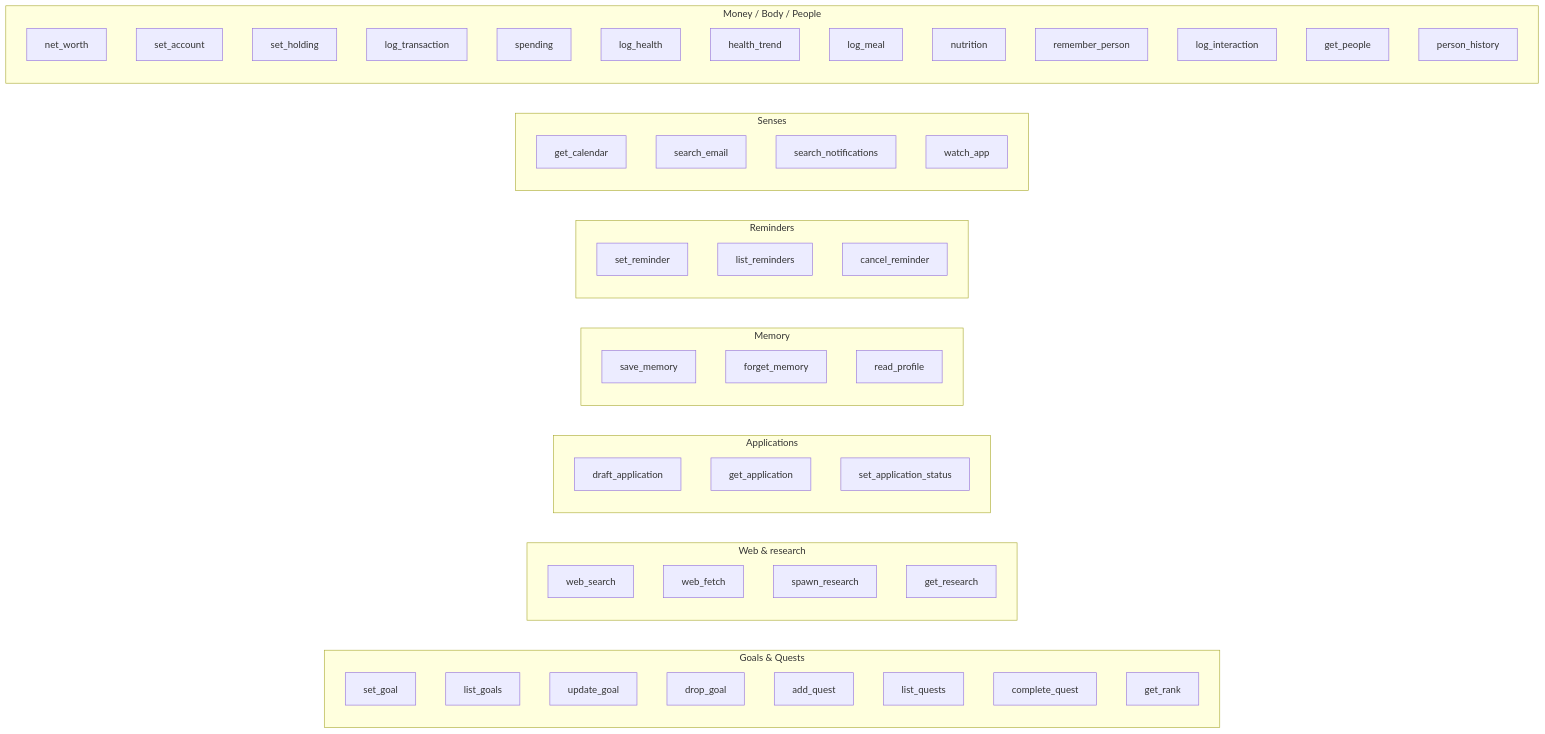
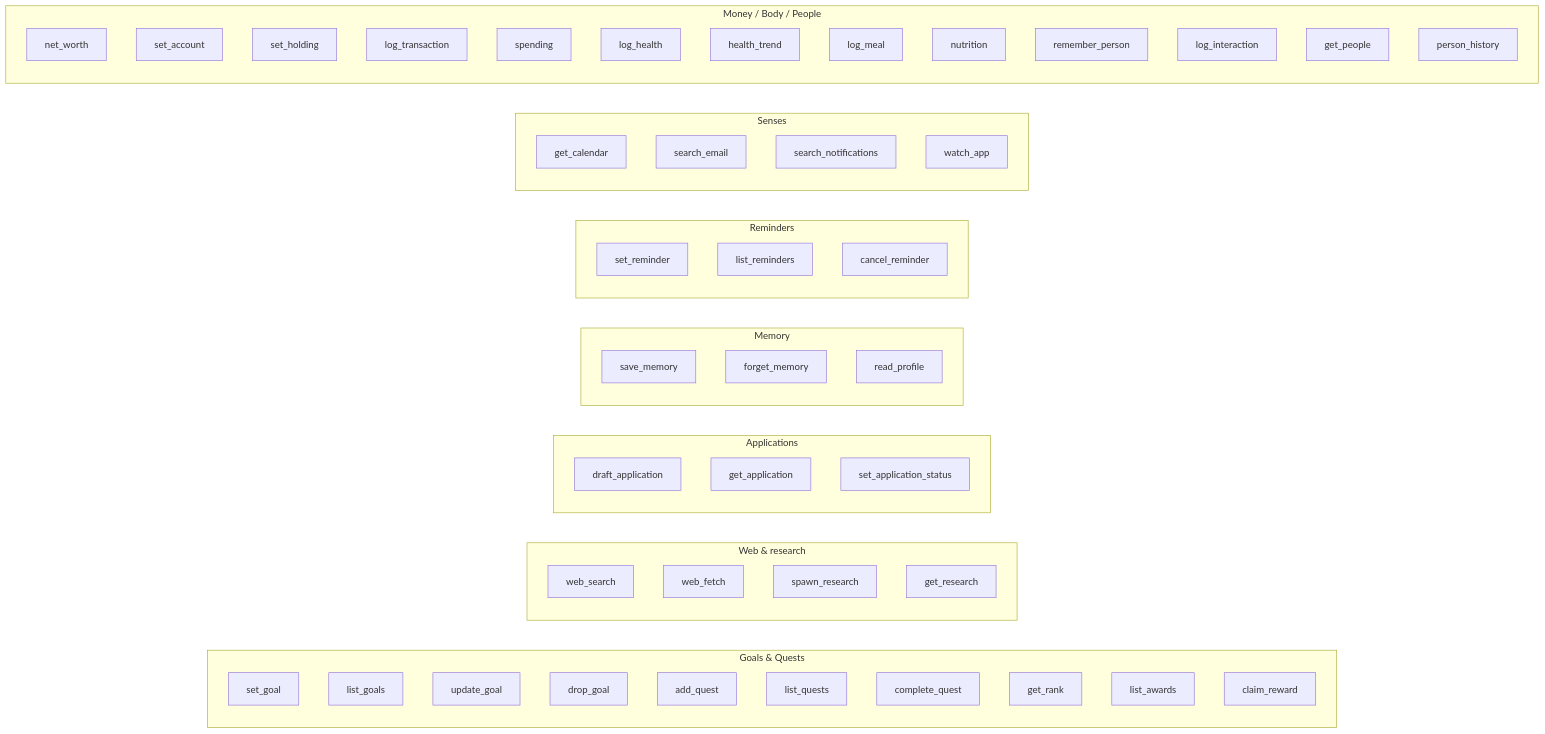
One commit to saquibjawedbit/grabber changed the fourth of 5 diagrams in docs/03-agent.md. Above: the diagram before and after it, drawn with Mermaid. The commit also changed 8 other files, not shown here.

````diff
--- a/docs/03-agent.md
+++ b/docs/03-agent.md
@@ -157,27 +157,28 @@
 ```mermaid
 flowchart LR
   subgraph gq["Goals & Quests"]
     set_goal; list_goals; update_goal; drop_goal
     add_quest; list_quests; complete_quest; get_rank
+    list_awards; claim_reward
   end
   subgraph web["Web & research"]
     web_search; web_fetch; spawn_research; get_research
   end
   subgraph apps["Applications"]
     draft_application; get_application; set_application_status
   end
   subgraph mem["Memory"]
     save_memory; forget_memory; read_profile
   end
   subgraph rem["Reminders"]
     set_reminder; list_reminders; cancel_reminder
   end
   subgraph sen["Senses"]
     get_calendar; search_email; search_notifications; watch_app
   end
   subgraph money["Money / Body / People"]
     net_worth; set_account; set_holding; log_transaction; spending
     log_health; health_trend; log_meal; nutrition
     remember_person; log_interaction; get_people; person_history
   end
 ```
````
